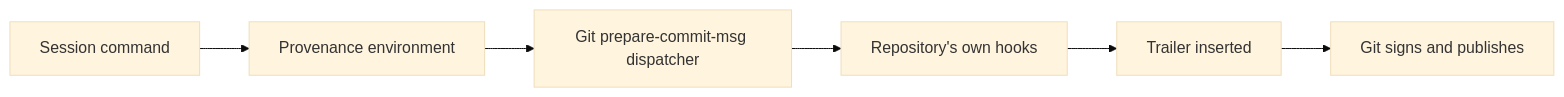
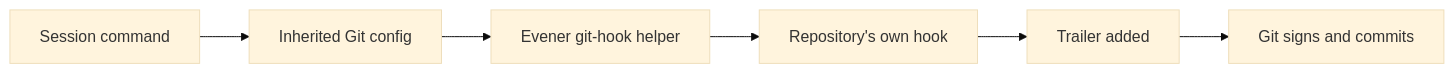
Before and after one commit to prime-radiant-inc/evener: the first of 2 diagrams in docs/superpowers/specs/2026-11-09-commit-provenance-trailer-design.md, drawn with Mermaid (base theme). The commit also changed other lines of this file, not shown here.

First line of the commit message:
docs: revise commit provenance design

````diff
--- a/docs/superpowers/specs/2026-11-09-commit-provenance-trailer-design.md
+++ b/docs/superpowers/specs/2026-11-09-commit-provenance-trailer-design.md
@@ -75,8 +80,8 @@
 ```mermaid
 flowchart LR
-    A[Session command] --> B[Provenance environment]
-    B --> C[Git prepare-commit-msg dispatcher]
-    C --> D[Repository's own hooks]
-    D --> E[Trailer inserted]
-    E --> F[Git signs and publishes]
+    A[Session command] --> B[Inherited Git config]
+    B --> C[Evener git-hook helper]
+    C --> D[Repository's own hook]
+    D --> E[Trailer added]
+    E --> F[Git signs and commits]
 ```
````
